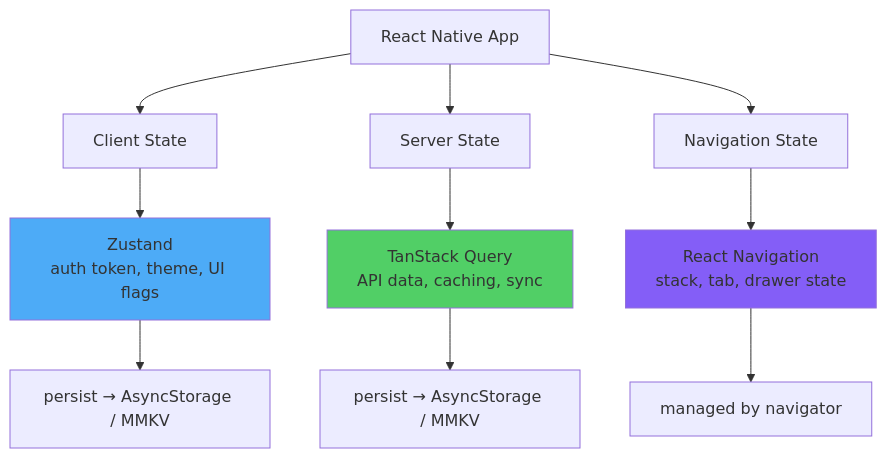
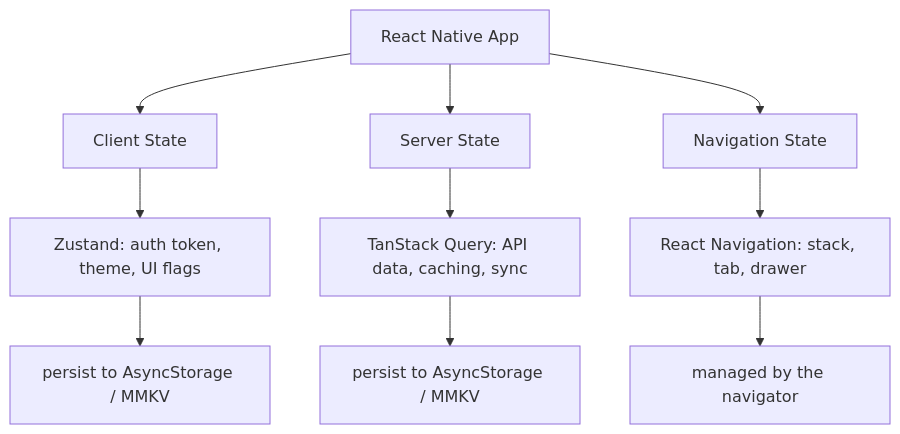
Before and after one commit to BabaScience/react-guides: the tenth of 10 diagrams in arguments/chapters/rn-07-state-management.md, drawn with Mermaid. The commit also changed other lines of this file and 63 other files, not shown here.

First line of the commit message:
Enrich React Native roadmap with deeper content, visuals, and FR/IT translations

````diff
--- a/arguments/chapters/rn-07-state-management.md
+++ b/arguments/chapters/rn-07-state-management.md
@@ -682,18 +817,14 @@
 ```mermaid
 graph TD
     A[React Native App] --> B[Client State]
     A --> C[Server State]
     A --> D[Navigation State]
 
-    B --> B1["Zustand\nauth token, theme, UI flags"]
-    C --> C1["TanStack Query\nAPI data, caching, sync"]
-    D --> D1["React Navigation\nstack, tab, drawer state"]
+    B --> B1[Zustand: auth token, theme, UI flags]
+    C --> C1[TanStack Query: API data, caching, sync]
+    D --> D1[React Navigation: stack, tab, drawer]
 
-    B1 --> E["persist → AsyncStorage / MMKV"]
-    C1 --> F["persist → AsyncStorage / MMKV"]
-    D1 --> G["managed by navigator"]
-
-    style B1 fill:#4dabf7
-    style C1 fill:#51cf66
-    style D1 fill:#845ef7
+    B1 --> E[persist to AsyncStorage / MMKV]
+    C1 --> F[persist to AsyncStorage / MMKV]
+    D1 --> G[managed by the navigator]
 ```
````
